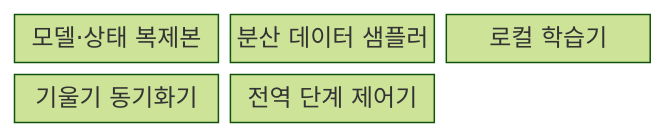
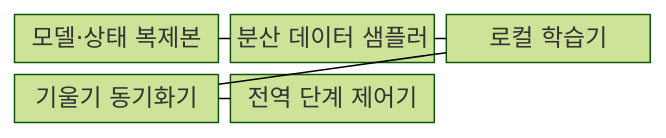
Before and after one commit to agnusdei1207/knowledge-base: the first of 2 diagrams in src/content/docs/notes/08-latest-tech/154_data_parallelism.md, drawn with Mermaid (forest theme). The commit also changed other lines of this file and 228 other files, not shown here.

````diff
--- a/src/content/docs/notes/08-latest-tech/154_data_parallelism.md
+++ b/src/content/docs/notes/08-latest-tech/154_data_parallelism.md
@@ -53,9 +53,13 @@
 ```mermaid
 block-beta
     columns 3
     M["모델·상태 복제본"]
     S["분산 데이터 샘플러"]
     L["로컬 학습기"]
     G["기울기 동기화기"]
     C["전역 단계 제어기"]
+    M --- S
+    S --- L
+    L --- G
+    G --- C
 ```
````
